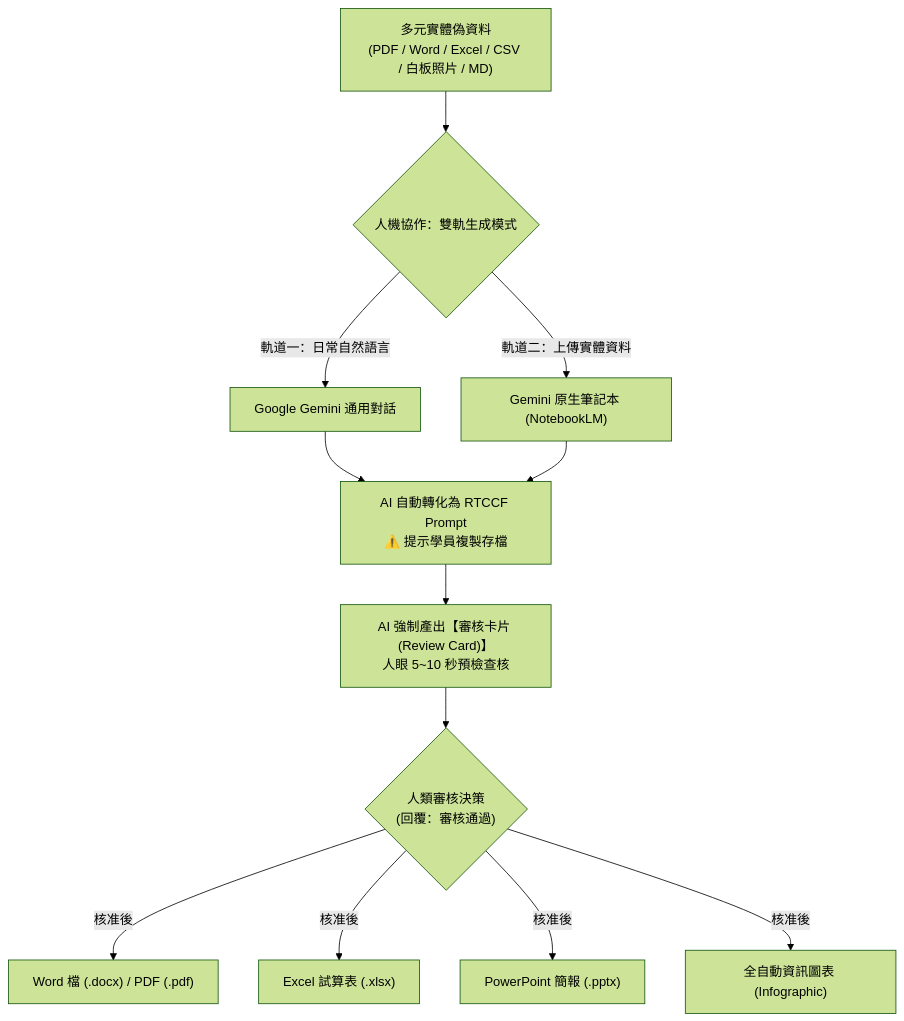
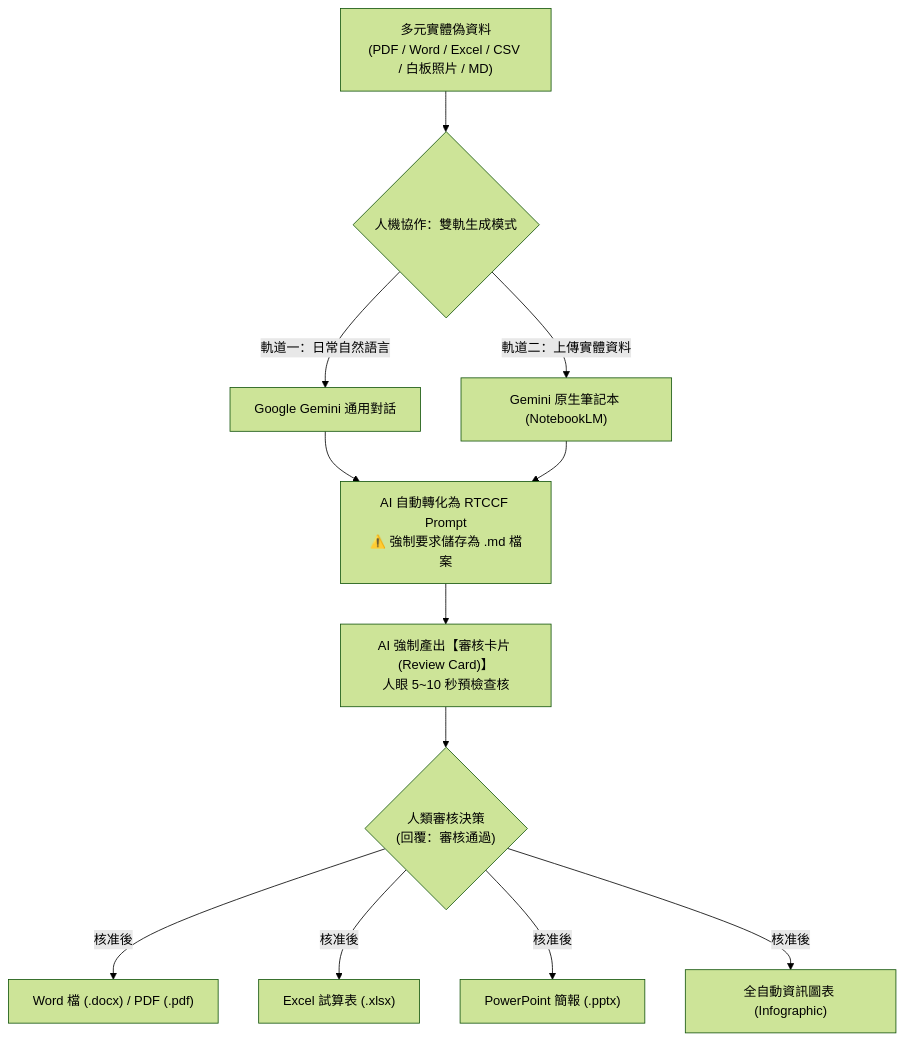
One commit to roberthsu2003/workflow-productivity changed the second of 2 diagrams in 常見的AI應用/Gemini辦公室全能應用/README.md. Above: the diagram before and after it, drawn with Mermaid (forest theme). The commit also changed other lines of this file and 4 other files, not shown here.

````diff
--- a/常見的AI應用/Gemini辦公室全能應用/README.md
+++ b/常見的AI應用/Gemini辦公室全能應用/README.md
@@ -71,16 +85,16 @@
 ```mermaid
 graph TD
     A["多元實體偽資料<br>(PDF / Word / Excel / CSV / 白板照片 / MD)"] --> B{"人機協作：雙軌生成模式"}
     
     B -->|"軌道一：日常自然語言"| C["Google Gemini 通用對話"]
     B -->|"軌道二：上傳實體資料"| D["Gemini 原生筆記本 (NotebookLM)"]
     
-    C & D --> E["AI 自動轉化為 RTCCF Prompt<br>⚠️ 提示學員複製存檔"]
+    C & D --> E["AI 自動轉化為 RTCCF Prompt<br>⚠️ 強制要求儲存為 .md 檔案"]
     E --> F["AI 強制產出【審核卡片 (Review Card)】<br>人眼 5~10 秒預檢查核"]
     F --> G{"人類審核決策<br>(回覆：審核通過)"}
     
     G -->|"核准後"| H["Word 檔 (.docx) / PDF (.pdf)"]
     G -->|"核准後"| I["Excel 試算表 (.xlsx)"]
     G -->|"核准後"| J["PowerPoint 簡報 (.pptx)"]
     G -->|"核准後"| K["全自動資訊圖表 (Infographic)"]
 ```
````
